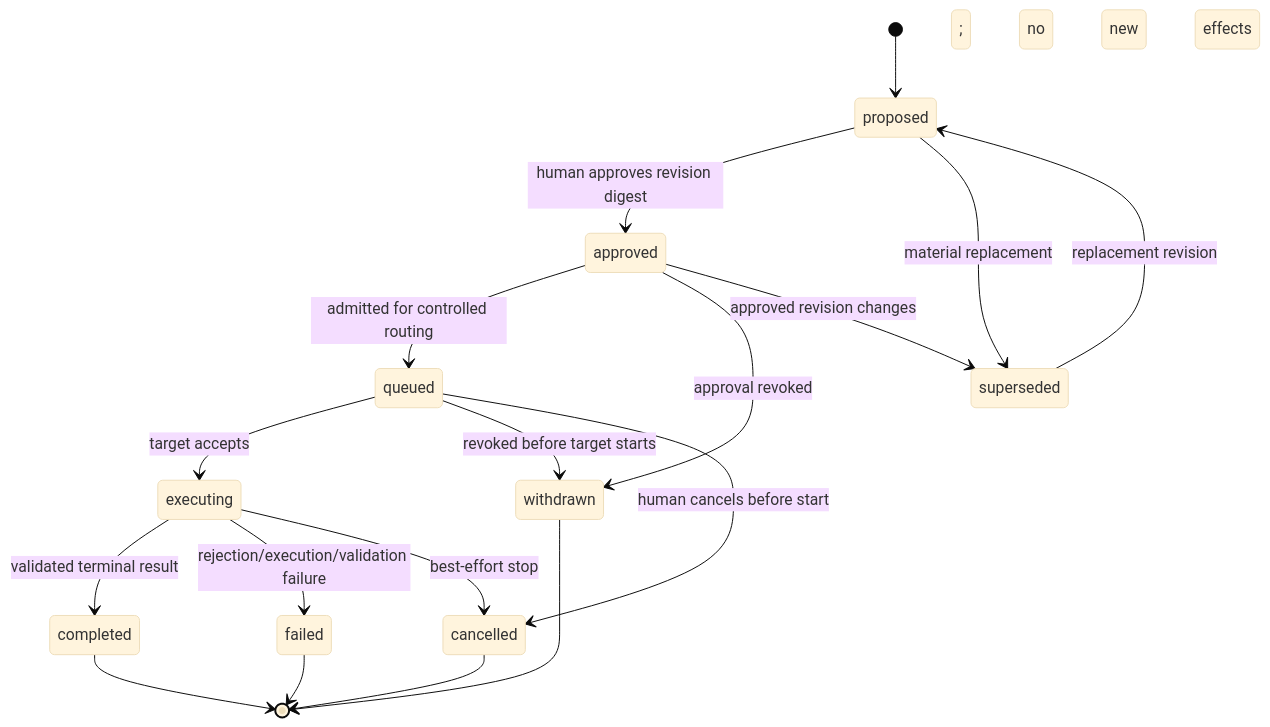
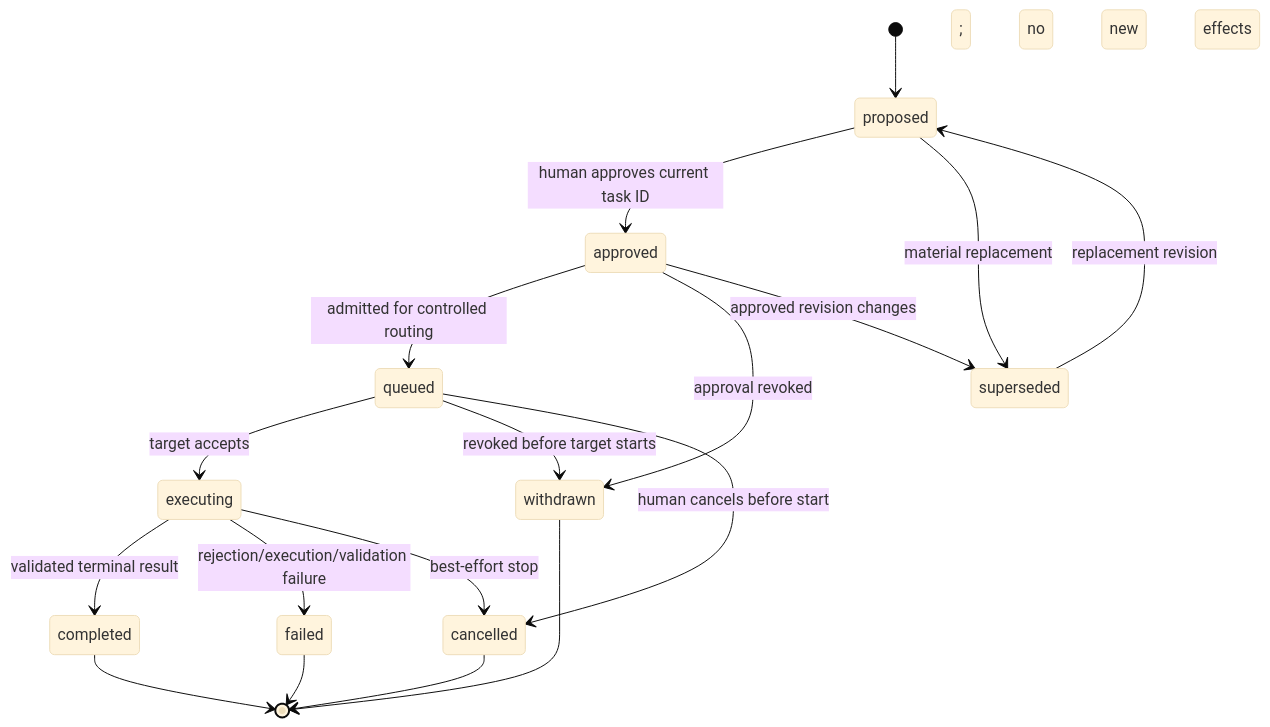
Before and after one commit to Young-Consultations/.github: the fourth of 4 diagrams in docs/architecture/StateModels.md, drawn with Mermaid (base theme). The commit also changed other lines of this file and 9 other files, not shown here.

````diff
--- a/docs/architecture/StateModels.md
+++ b/docs/architecture/StateModels.md
@@ -70,20 +70,20 @@
 ```mermaid
 stateDiagram-v2
   [*] --> proposed
-  proposed --> approved: human approves revision digest
+  proposed --> approved: human approves current task ID
   approved --> queued: admitted for controlled routing
   approved --> withdrawn: approval revoked
   proposed --> superseded: material replacement
   approved --> superseded: approved revision changes
   queued --> executing: target accepts
   queued --> withdrawn: revoked before target starts
   queued --> cancelled: human cancels before start
   executing --> completed: validated terminal result
   executing --> failed: rejection/execution/validation failure
   executing --> cancelled: best-effort stop; no new effects
   completed --> [*]
   failed --> [*]
   withdrawn --> [*]
   cancelled --> [*]
   superseded --> proposed: replacement revision
 ```
````
